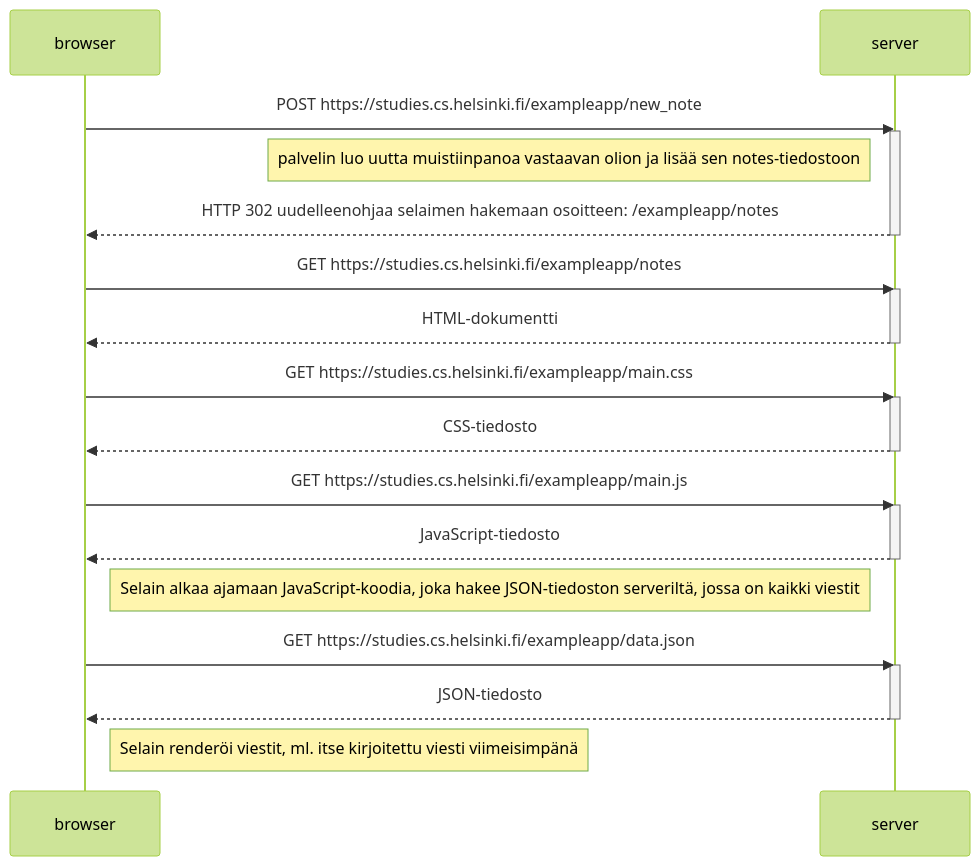
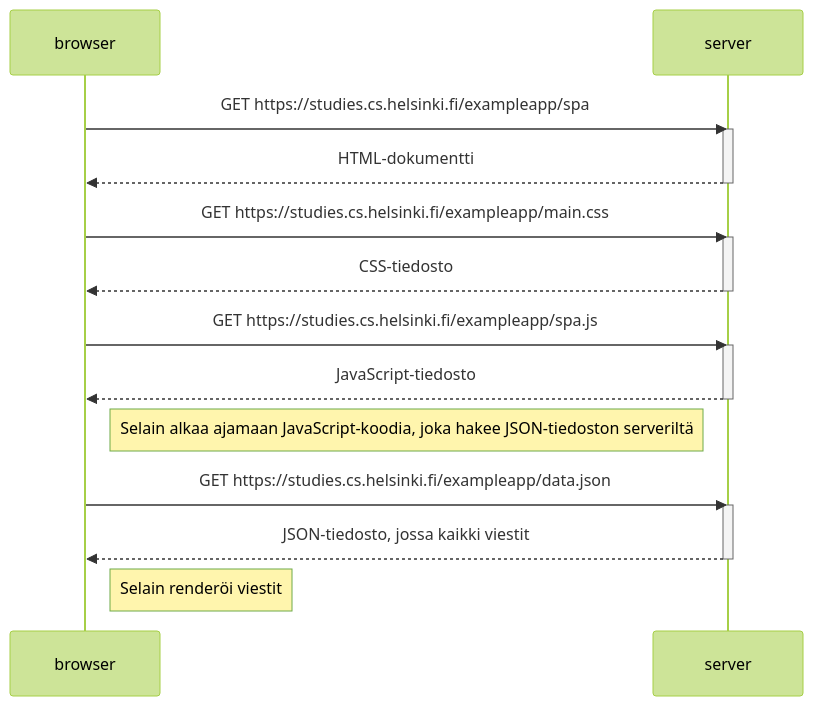
One commit to VaahtoluotoTuomas/mooc_fullstackopen_palautukset changed the diagram in 0.5_single_page_app.md. Above: the diagram before and after it, drawn with Mermaid (forest theme).

Commit message:
Update 0.5_single_page_app.md
valmis

````diff
--- a/0.5_single_page_app.md
+++ b/0.5_single_page_app.md
@@ -1,36 +1,29 @@
 ```mermaid
 sequenceDiagram
     participant browser
     participant server
     
-    browser->>server: POST https://studies.cs.helsinki.fi/exampleapp/new_note
-    activate server
-    Note left of server: palvelin luo uutta muistiinpanoa vastaavan olion ja lisää sen notes-tiedostoon
-    server-->>browser: HTTP 302 uudelleenohjaa selaimen hakemaan osoitteen: /exampleapp/notes
-
-    deactivate server
-    
-    browser->>server: GET https://studies.cs.helsinki.fi/exampleapp/notes
+    browser->>server: GET https://studies.cs.helsinki.fi/exampleapp/spa
     activate server
     server-->>browser: HTML-dokumentti
     deactivate server
     
     browser->>server: GET https://studies.cs.helsinki.fi/exampleapp/main.css
     activate server
     server-->>browser: CSS-tiedosto
     deactivate server
 
-    browser->>server: GET https://studies.cs.helsinki.fi/exampleapp/main.js
+    browser->>server: GET https://studies.cs.helsinki.fi/exampleapp/spa.js
     activate server
     server-->>browser: JavaScript-tiedosto
     deactivate server
     
-    Note right of browser: Selain alkaa ajamaan JavaScript-koodia, joka hakee JSON-tiedoston serveriltä,     jossa on kaikki viestit
+    Note right of browser: Selain alkaa ajamaan JavaScript-koodia, joka hakee JSON-tiedoston serveriltä
     
     browser->>server: GET https://studies.cs.helsinki.fi/exampleapp/data.json
     activate server
-    server-->>browser: JSON-tiedosto
+    server-->>browser: JSON-tiedosto, jossa kaikki viestit
     deactivate server    
 
-    Note right of browser: Selain renderöi viestit, ml. itse kirjoitettu viesti viimeisimpänä
+    Note right of browser: Selain renderöi viestit
 ```
````
